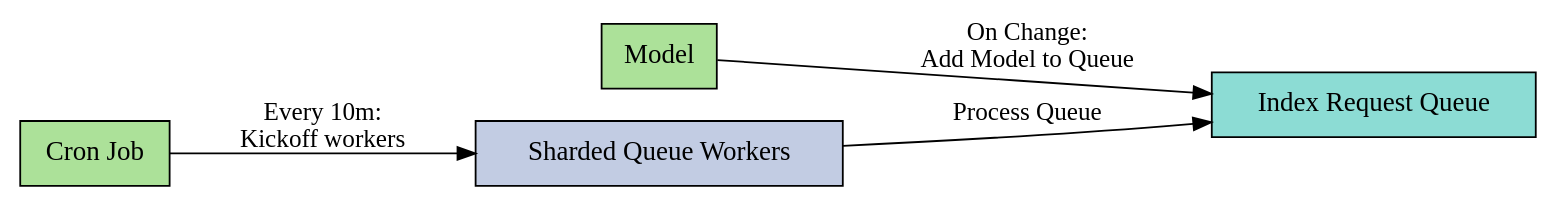
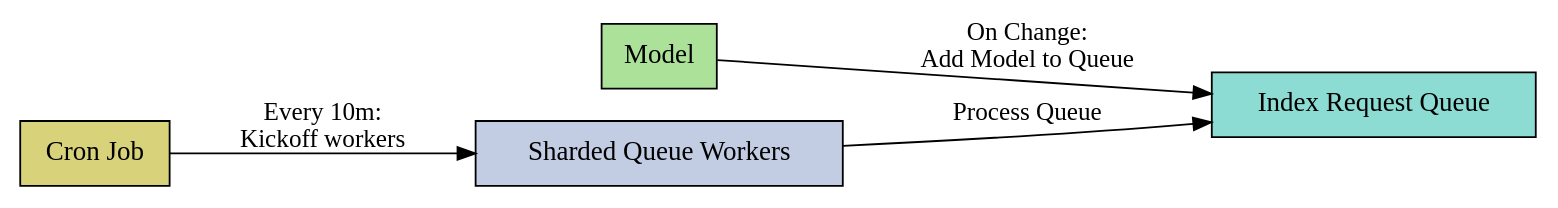
Before and after one commit to andrewvc/avc-blog: the diagram in _misc/elasticsearch_model_pipeline.dot, drawn with Graphviz. The commit also changed 1 other file, not shown here.

```diff
--- a/_misc/elasticsearch_model_pipeline.dot
+++ b/_misc/elasticsearch_model_pipeline.dot
@@ -1,27 +1,32 @@
 digraph G {
   node [shape=box fontsize=15];
   ranksep=.75; size = "13,20.5";
   rankdir=LR;
   
   {
     node [fillcolor="#ACE199" style=filled]
     
     Model
+  }  
+
+  {
+    node [fillcolor="#D8D27B" style=filled]
+
     "Cron Job"
-  }  
+  }
 
   {
     node [fillcolor="#8CDCD4" style=filled]
     "Index Request Queue"
   }
 
 
   {
     node [fillcolor="#C2CCE3" style=filled]
     "Sharded Queue Workers"
   }
 
   Model -> "Index Request Queue" [label="On Change:\n Add Model to Queue"]
   "Cron Job" -> "Sharded Queue Workers" [label="Every 10m:\n Kickoff workers"]
   "Sharded Queue Workers" -> "Index Request Queue" [label="Process Queue"]
 }
```
